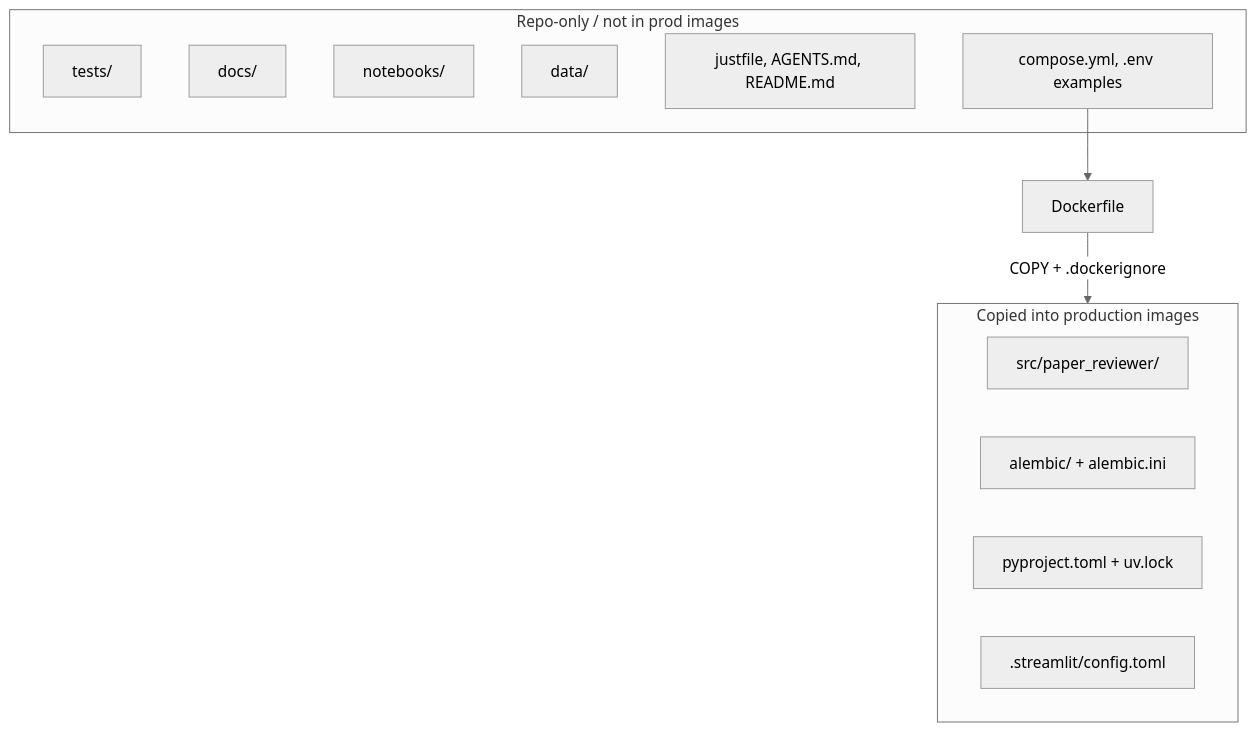
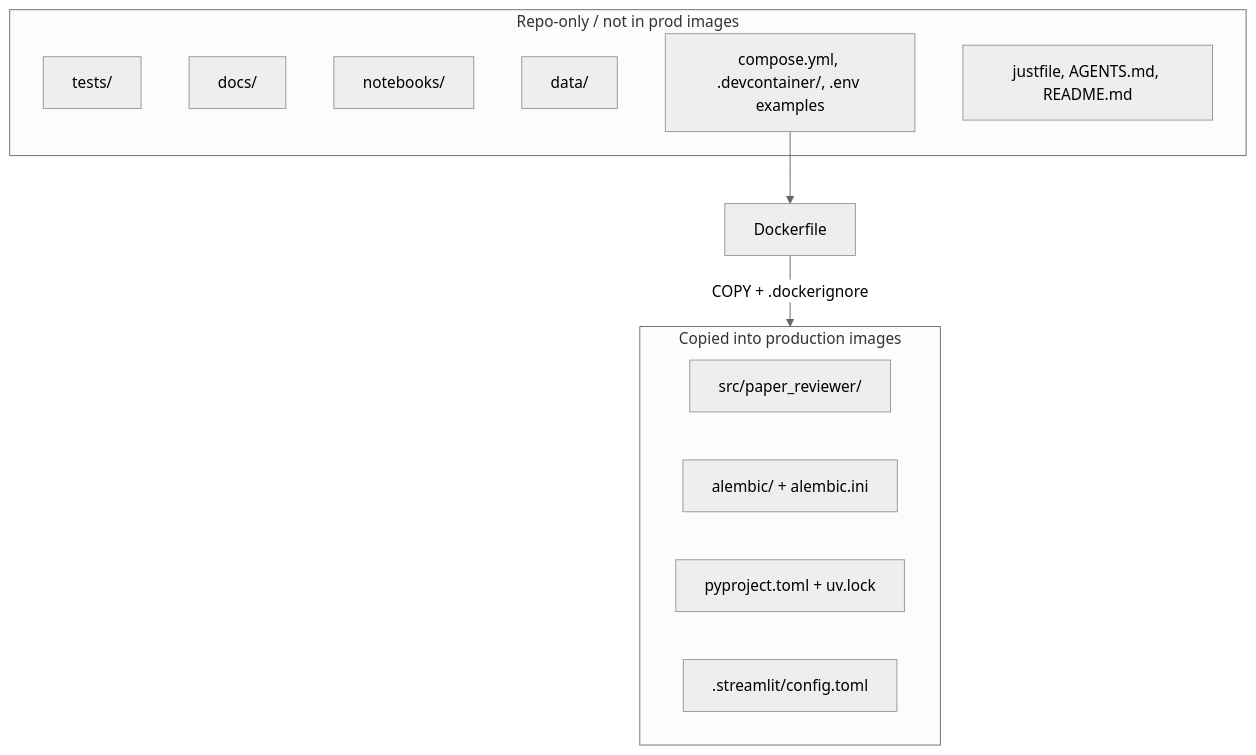
The diagram in docs/project-structure.md (GustavoRusso/paper-reviewer), drawn with Mermaid (neutral theme) before and after one commit. The commit also changed other lines of this file and 8 other files, not shown here.

````diff
--- a/docs/project-structure.md
+++ b/docs/project-structure.md
@@ -29,21 +29,21 @@
 ```mermaid
 flowchart TB
   subgraph deploy [Copied into production images]
     srcPkg["src/paper_reviewer/"]
     alembicDir["alembic/ + alembic.ini"]
     deps["pyproject.toml + uv.lock"]
     streamlitTheme[".streamlit/config.toml"]
   end
 
   subgraph localOnly [Repo-only / not in prod images]
     testsDir["tests/"]
     docsDir["docs/"]
     notebooksDir["notebooks/"]
     dataDir["data/"]
+    composeFiles["compose.yml, .devcontainer/, .env examples"]
     hostTools["justfile, AGENTS.md, README.md"]
-    composeFiles["compose.yml, .env examples"]
   end
 
   Dockerfile -->|"COPY + .dockerignore"| deploy
   composeFiles --> Dockerfile
 ```
````
